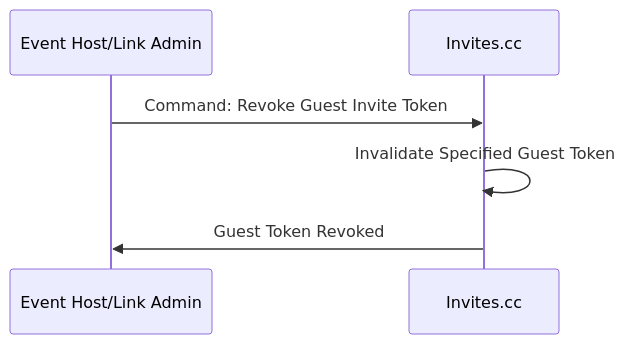
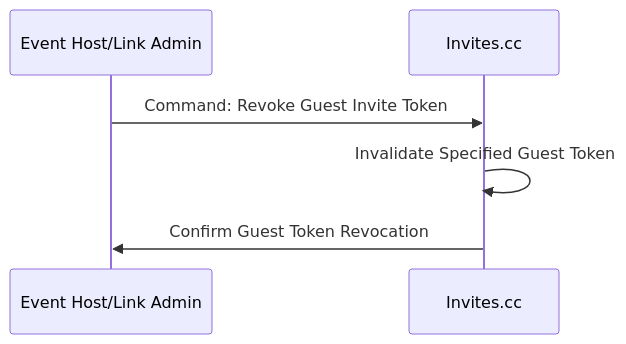
One commit to ichilabs/invites.cc changed the ninth of 13 diagrams in docs/design-doc.md. Above: the diagram before and after it, drawn with Mermaid. The commit also changed other lines of this file, not shown here.

````diff
--- a/docs/design-doc.md
+++ b/docs/design-doc.md
@@ -136,9 +290,9 @@
 ```mermaid
 sequenceDiagram
     participant Host as Event Host/Link Admin
     participant Invites as Invites.cc
     
     Host ->> Invites: Command: Revoke Guest Invite Token
     Invites ->> Invites: Invalidate Specified Guest Token
-    Invites ->> Host: Guest Token Revoked
+    Invites ->> Host: Confirm Guest Token Revocation
 ```
````
